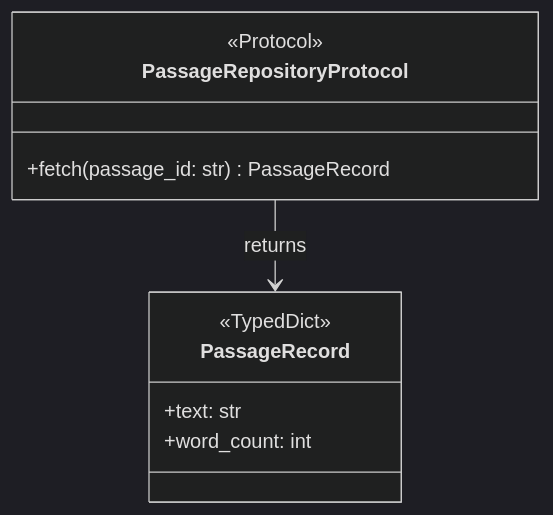
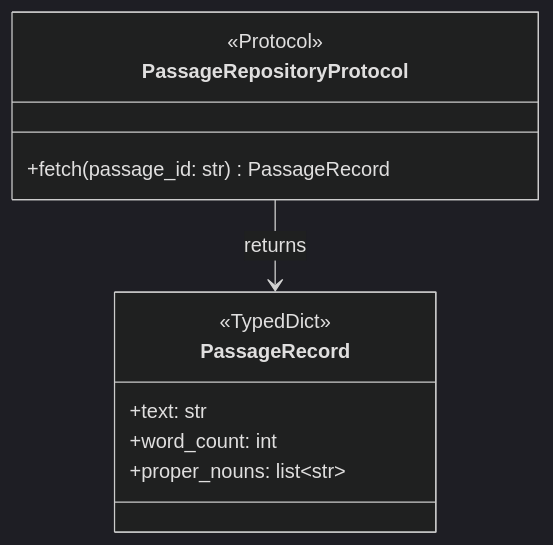
One commit to ChristianNemeno/SE-Module-02 changed the sixth of 9 diagrams in docs/uml/class/models.md. Above: the diagram before and after it, drawn with Mermaid (dark theme). The commit also changed 23 other files, not shown here.

````diff
--- a/docs/uml/class/models.md
+++ b/docs/uml/class/models.md
@@ -98,13 +98,14 @@
 ```mermaid
 classDiagram
     class PassageRecord {
         <<TypedDict>>
         +text: str
         +word_count: int
+        +proper_nouns: list~str~
     }
     class PassageRepositoryProtocol {
         <<Protocol>>
         +fetch(passage_id: str) PassageRecord
     }
     PassageRepositoryProtocol --> PassageRecord : returns
 ```
````
